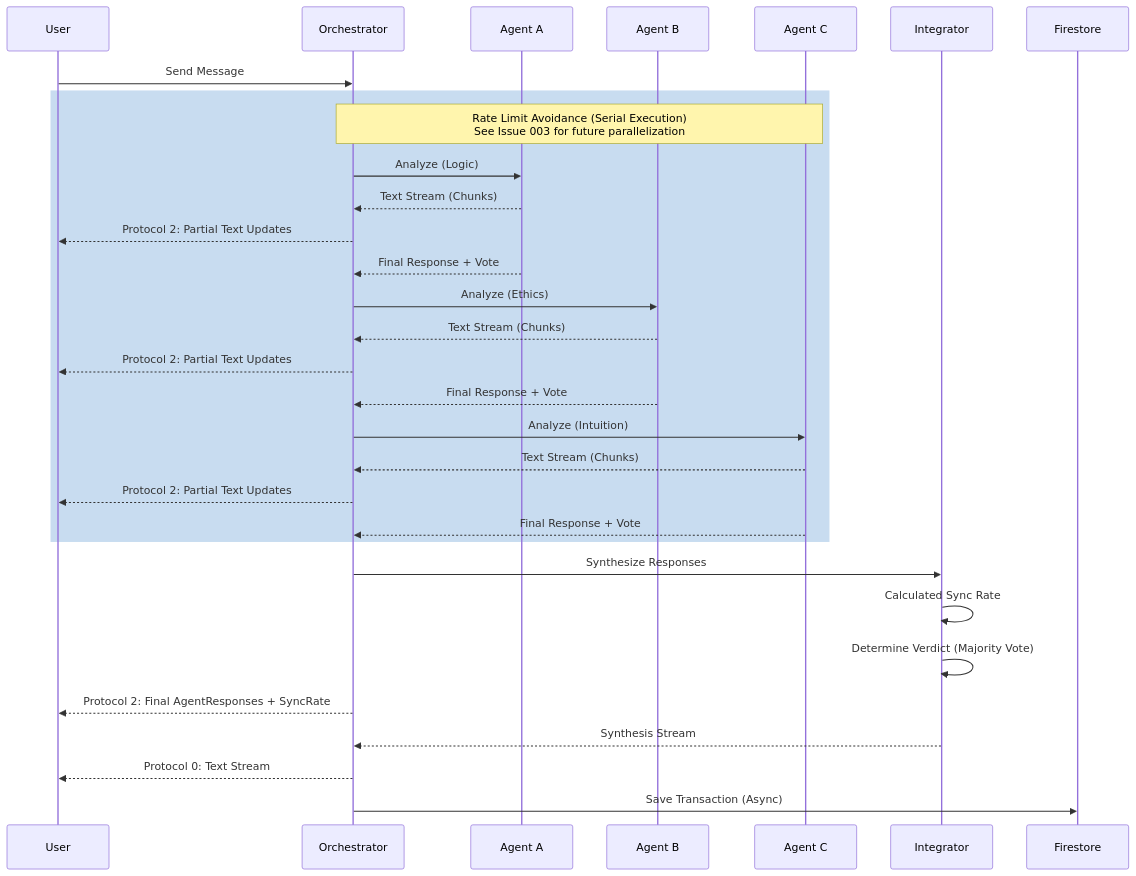
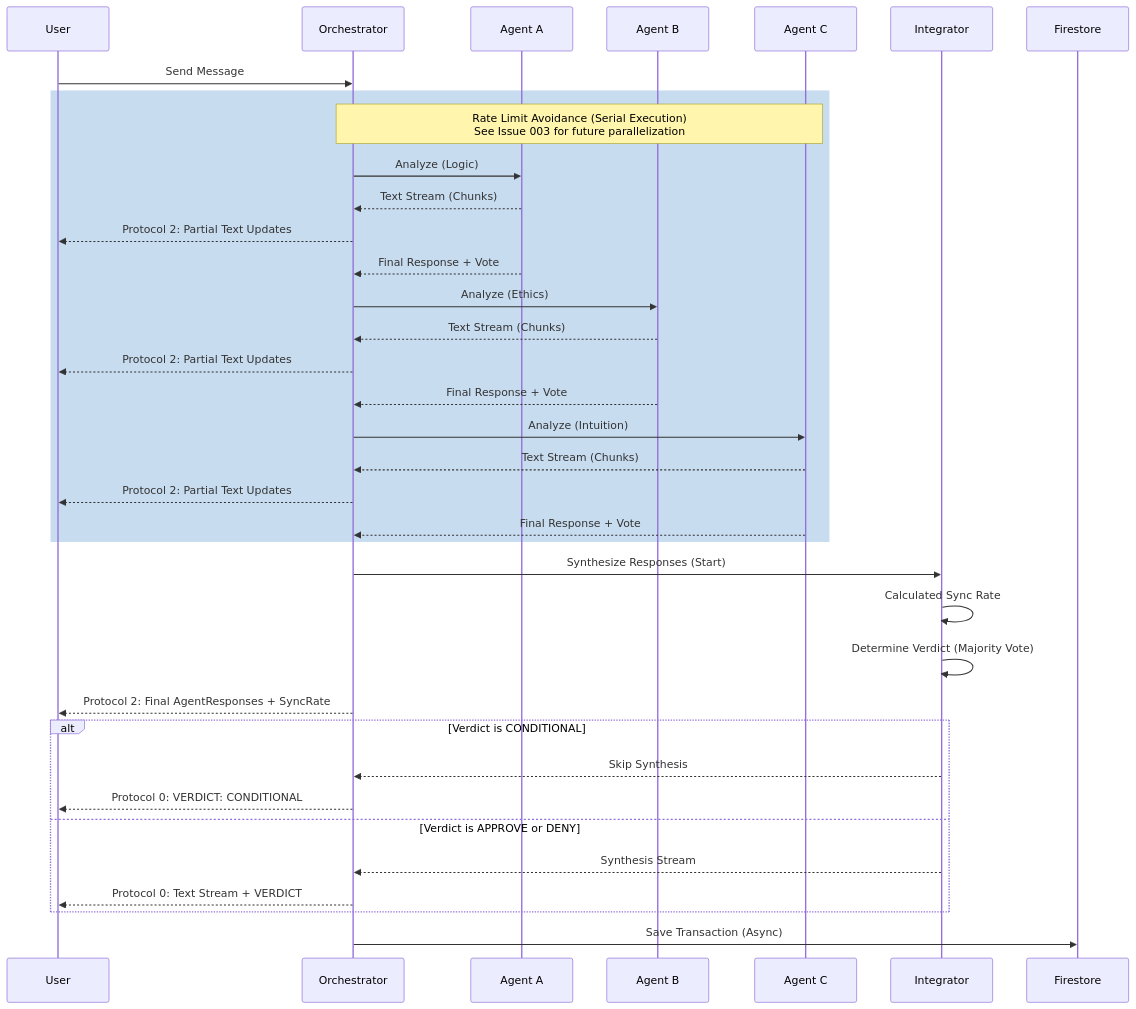
One commit to Kujo-n/maji-res changed the second of 5 diagrams in docs/design/architecture.md. Above: the diagram before and after it, drawn with Mermaid. The commit also changed other lines of this file and 2 other files, not shown here.

Commit message:
docs: CONDITIONAL判定時の仕様とアーキテクチャ図の更新

````diff
--- a/docs/design/architecture.md
+++ b/docs/design/architecture.md
@@ -42,37 +42,43 @@
 ```mermaid
 sequenceDiagram
     participant U as User
     participant O as Orchestrator
     participant M as Agent A
     participant B as Agent B
     participant C as Agent C
     participant I as Integrator
     participant DB as Firestore
 
     U->>O: Send Message
     
     rect rgb(200, 220, 240)
     Note over O, C: Rate Limit Avoidance (Serial Execution)<br/>See Issue 003 for future parallelization
     O->>M: Analyze (Logic)
     M-->>O: Text Stream (Chunks)
     O-->>U: Protocol 2: Partial Text Updates
     M-->>O: Final Response + Vote
     O->>B: Analyze (Ethics)
     B-->>O: Text Stream (Chunks)
     O-->>U: Protocol 2: Partial Text Updates
     B-->>O: Final Response + Vote
     O->>C: Analyze (Intuition)
     C-->>O: Text Stream (Chunks)
     O-->>U: Protocol 2: Partial Text Updates
     C-->>O: Final Response + Vote
     end
     
-    O->>I: Synthesize Responses
+    O->>I: Synthesize Responses (Start)
     I->>I: Calculated Sync Rate
     I->>I: Determine Verdict (Majority Vote)
     O-->>U: Protocol 2: Final AgentResponses + SyncRate
+
+    alt Verdict is CONDITIONAL
+        I-->>O: Skip Synthesis
+        O-->>U: Protocol 0: VERDICT: CONDITIONAL
+    else Verdict is APPROVE or DENY
+        I-->>O: Synthesis Stream
+        O-->>U: Protocol 0: Text Stream + VERDICT
+    end
     
-    I-->>O: Synthesis Stream
-    O-->>U: Protocol 0: Text Stream
     O->>DB: Save Transaction (Async)
 ```
````
